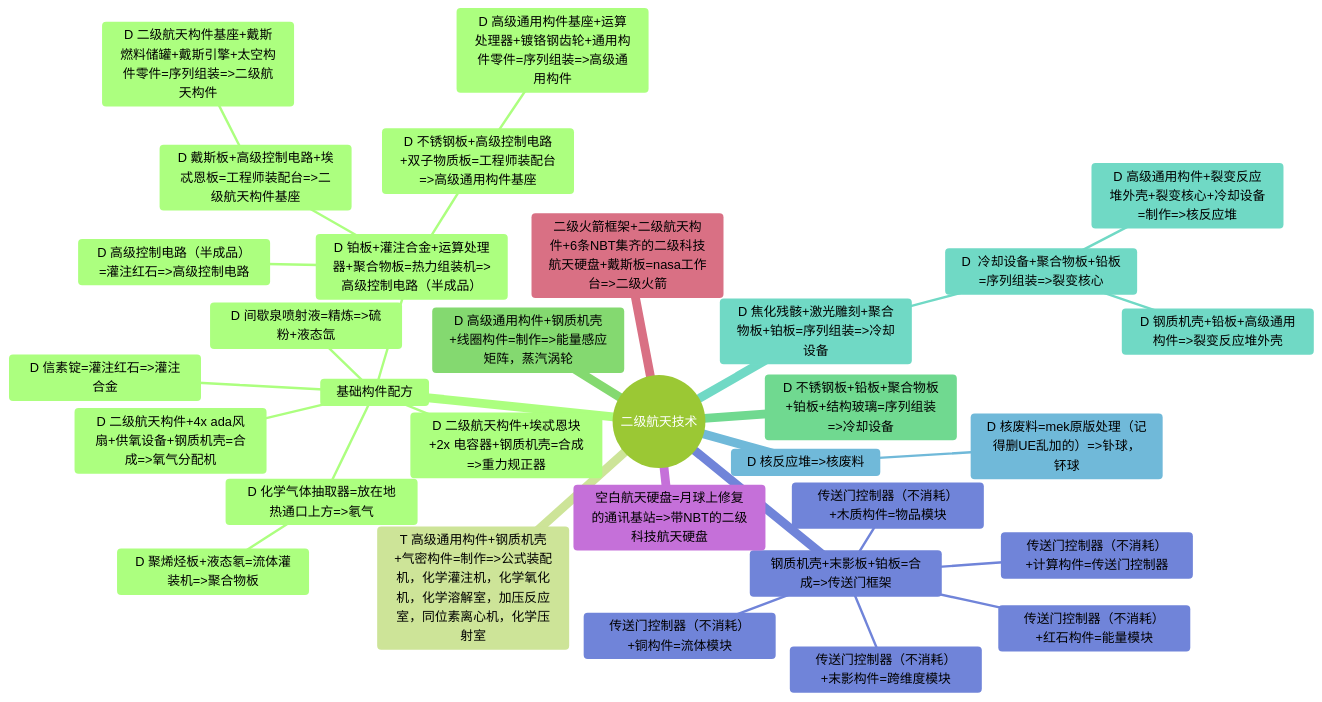
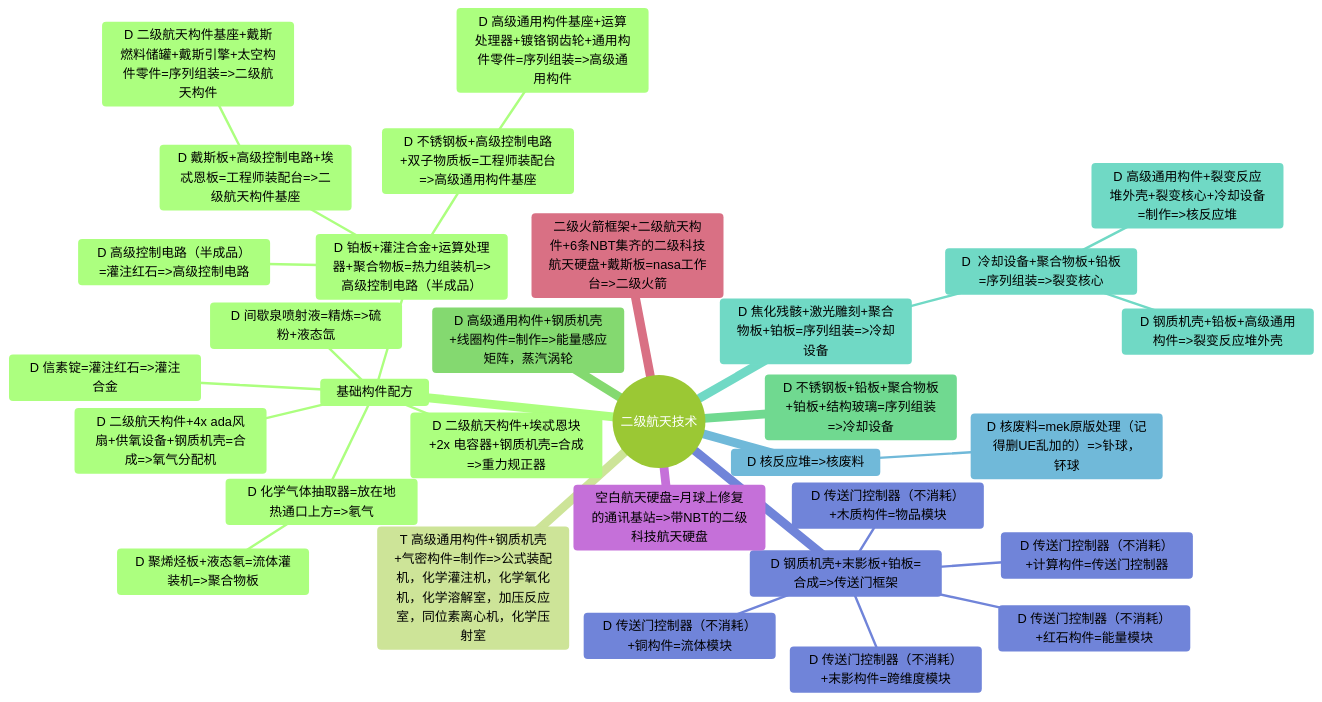
The second of 4 diagrams in Developer/TechTreeMap.md (VechniMetel/CodeNameCIM2), drawn with Mermaid (forest theme) before and after one commit.

Commit message:
忘记给流程写完成了

````diff
--- a/Developer/TechTreeMap.md
+++ b/Developer/TechTreeMap.md
@@ -45,34 +45,34 @@
 ``` mermaid
 mindmap
     root((二级航天技术))
         基础构件配方
             D 信素锭=灌注红石=>灌注合金
             D 间歇泉喷射液=精炼=>硫粉+液态氙
             D 化学气体抽取器=放在地热通口上方=>氡气
                 D 聚烯烃板+液态氡=流体灌装机=>聚合物板
             D 铂板+灌注合金+运算处理器+聚合物板=热力组装机=>高级控制电路（半成品）
                 D 高级控制电路（半成品）=灌注红石=>高级控制电路
                 D 戴斯板+高级控制电路+埃忒恩板=工程师装配台=>二级航天构件基座
                     D 二级航天构件基座+戴斯燃料储罐+戴斯引擎+太空构件零件=序列组装=>二级航天构件
                 D 不锈钢板+高级控制电路+双子物质板=工程师装配台=>高级通用构件基座
                     D 高级通用构件基座+运算处理器+镀铬钢齿轮+通用构件零件=序列组装=>高级通用构件
             D 二级航天构件+4x ada风扇+供氧设备+钢质机壳=合成=>氧气分配机
             D 二级航天构件+埃忒恩块+2x 电容器+钢质机壳=合成=>重力规正器
         T 高级通用构件+钢质机壳+气密构件=制作=>公式装配机，化学灌注机，化学氧化机，化学溶解室，加压反应室，同位素离心机，化学压射室
         D 高级通用构件+钢质机壳+线圈构件=制作=>能量感应矩阵，蒸汽涡轮
         D 不锈钢板+铅板+聚合物板+铂板+结构玻璃=序列组装=>冷却设备
         D 焦化残骸+激光雕刻+聚合物板+铂板=序列组装=>冷却设备
            D  冷却设备+聚合物板+铅板=序列组装=>裂变核心
             D 钢质机壳+铅板+高级通用构件=>裂变反应堆外壳
             D 高级通用构件+裂变反应堆外壳+裂变核心+冷却设备=制作=>核反应堆
         D 核反应堆=>核废料
             D 核废料=mek原版处理（记得删UE乱加的）=>钋球，钚球
-        钢质机壳+末影板+铂板=合成=>传送门框架
-            传送门控制器（不消耗）+计算构件=传送门控制器
-            传送门控制器（不消耗）+木质构件=物品模块
-            传送门控制器（不消耗）+铜构件=流体模块
-            传送门控制器（不消耗）+红石构件=能量模块
-            传送门控制器（不消耗）+末影构件=跨维度模块
+        D 钢质机壳+末影板+铂板=合成=>传送门框架
+            D 传送门控制器（不消耗）+计算构件=传送门控制器
+            D 传送门控制器（不消耗）+木质构件=物品模块
+            D 传送门控制器（不消耗）+铜构件=流体模块
+            D 传送门控制器（不消耗）+红石构件=能量模块
+            D 传送门控制器（不消耗）+末影构件=跨维度模块
         空白航天硬盘=月球上修复的通讯基站=>带NBT的二级科技航天硬盘
         二级火箭框架+二级航天构件+6条NBT集齐的二级科技航天硬盘+戴斯板=nasa工作台=>二级火箭
 ```
````
